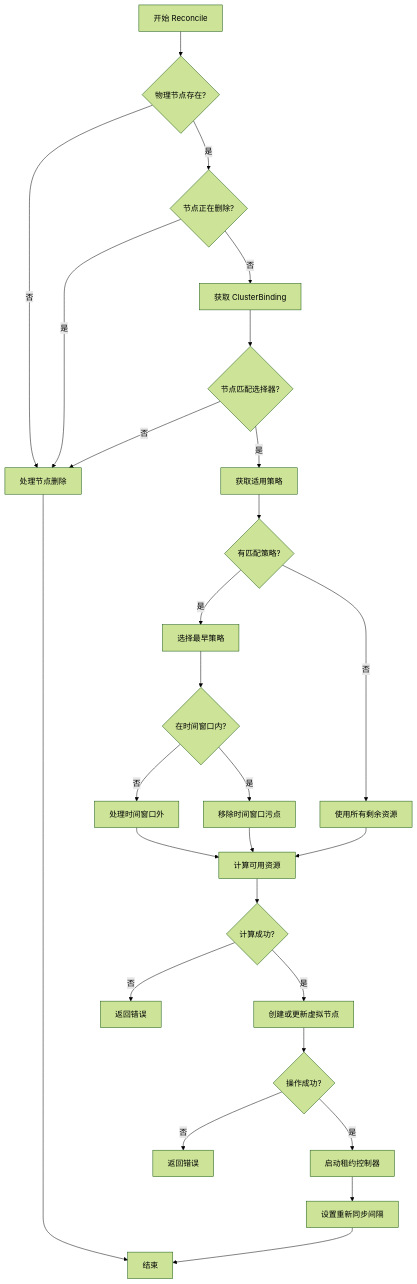
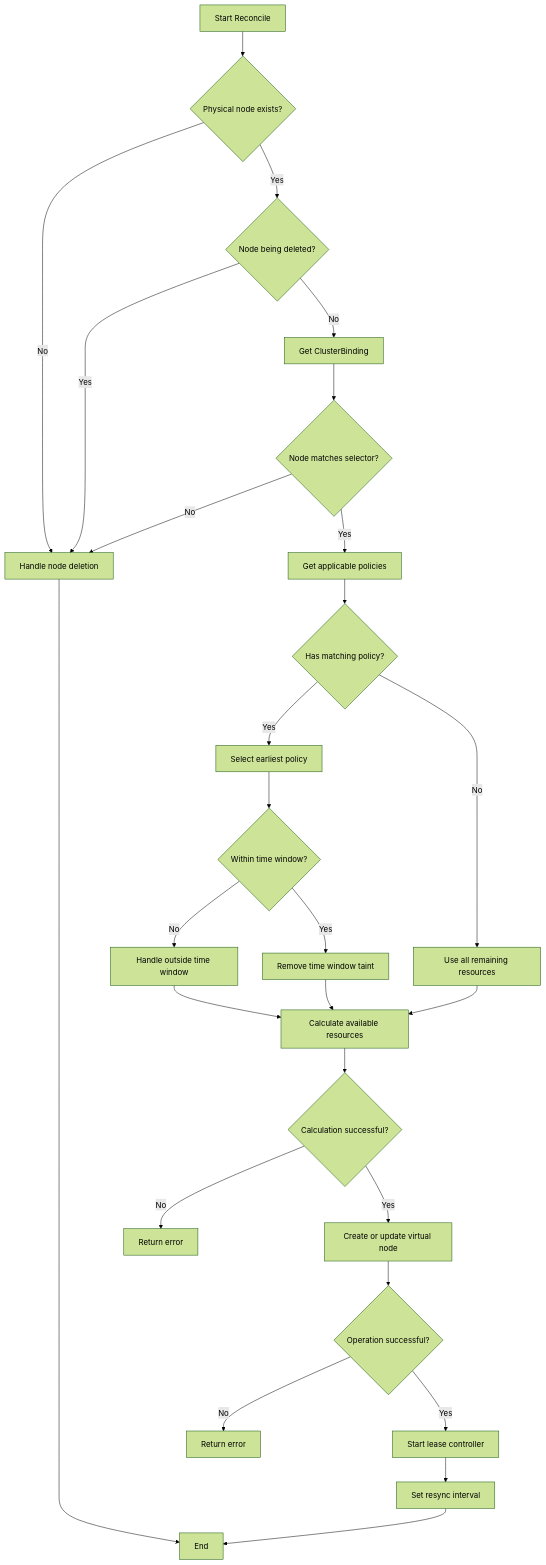
The second of 6 diagrams in docs/design/bottomup-syncer.md (gocrane/kubeocean), drawn with Mermaid (forest theme) before and after one commit. The commit also changed other lines of this file and 16 other files, not shown here.

````diff
--- a/docs/design/bottomup-syncer.md
+++ b/docs/design/bottomup-syncer.md
@@ -157,29 +157,29 @@
 ```mermaid
 flowchart TD
-    A[开始 Reconcile] --> B{物理节点存在?}
-    B -->|否| C[处理节点删除]
-    B -->|是| D{节点正在删除?}
-    D -->|是| C
-    D -->|否| E[获取 ClusterBinding]
-    E --> F{节点匹配选择器?}
-    F -->|否| C
-    F -->|是| G[获取适用策略]
-    G --> H{有匹配策略?}
-    H -->|是| I[选择最早策略]
-    H -->|否| J[使用所有剩余资源]
-    I --> K{在时间窗口内?}
-    K -->|否| L[处理时间窗口外]
-    K -->|是| M[移除时间窗口污点]
-    J --> N[计算可用资源]
+    A[Start Reconcile] --> B{Physical node exists?}
+    B -->|No| C[Handle node deletion]
+    B -->|Yes| D{Node being deleted?}
+    D -->|Yes| C
+    D -->|No| E[Get ClusterBinding]
+    E --> F{Node matches selector?}
+    F -->|No| C
+    F -->|Yes| G[Get applicable policies]
+    G --> H{Has matching policy?}
+    H -->|Yes| I[Select earliest policy]
+    H -->|No| J[Use all remaining resources]
+    I --> K{Within time window?}
+    K -->|No| L[Handle outside time window]
+    K -->|Yes| M[Remove time window taint]
+    J --> N[Calculate available resources]
     L --> N
     M --> N
-    N --> O{计算成功?}
-    O -->|否| P[返回错误]
-    O -->|是| Q[创建或更新虚拟节点]
-    Q --> R{操作成功?}
-    R -->|否| S[返回错误]
-    R -->|是| T[启动租约控制器]
-    T --> U[设置重新同步间隔]
-    U --> V[结束]
+    N --> O{Calculation successful?}
+    O -->|No| P[Return error]
+    O -->|Yes| Q[Create or update virtual node]
+    Q --> R{Operation successful?}
+    R -->|No| S[Return error]
+    R -->|Yes| T[Start lease controller]
+    T --> U[Set resync interval]
+    U --> V[End]
     C --> V
 ```
````
